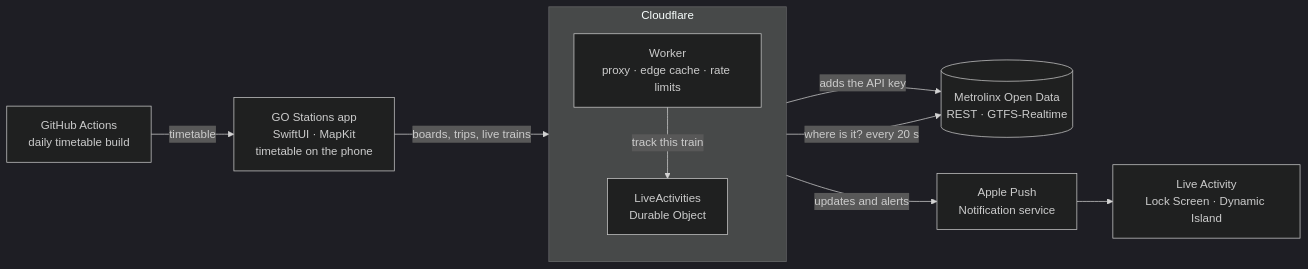
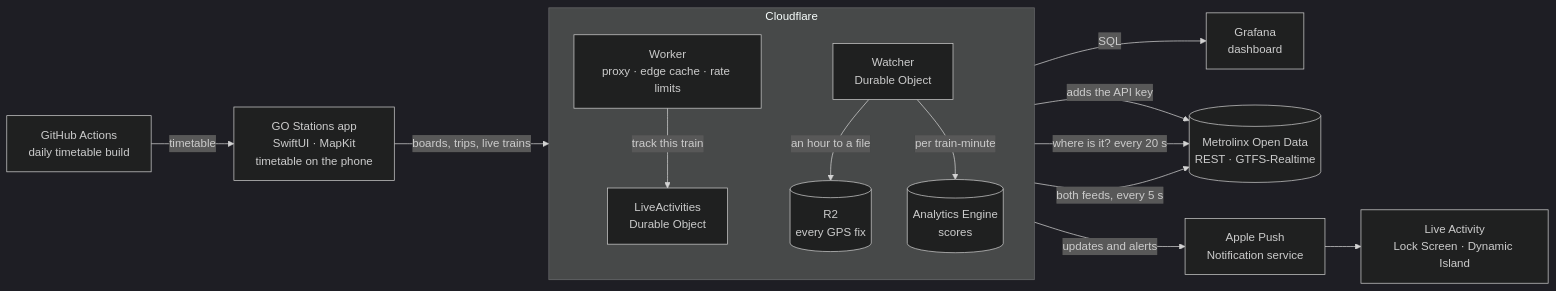
One commit to RobOHt/go-stations changed the first of 2 diagrams in docs/ARCHITECTURE.md. Above: the diagram before and after it, drawn with Mermaid (dark theme). The commit also changed other lines of this file and 14 other files, not shown here.

First line of the commit message:
The watcher: every train, all day, kept and scored

````diff
--- a/docs/ARCHITECTURE.md
+++ b/docs/ARCHITECTURE.md
@@ -8,21 +9,29 @@
 ```mermaid
 flowchart LR
     actions["GitHub Actions<br/>daily timetable build"]
     app["GO Stations app<br/>SwiftUI · MapKit<br/>timetable on the phone"]
     subgraph cloudflare["Cloudflare"]
         direction TB
         worker["Worker<br/>proxy · edge cache · rate limits"]
         follower["LiveActivities<br/>Durable Object"]
+        watcher["Watcher<br/>Durable Object"]
+        archive[("R2<br/>every GPS fix")]
+        scores[("Analytics Engine<br/>scores")]
     end
+    grafana["Grafana<br/>dashboard"]
     metrolinx[("Metrolinx Open Data<br/>REST · GTFS-Realtime")]
     apns["Apple Push<br/>Notification service"]
     activity["Live Activity<br/>Lock Screen · Dynamic Island"]
 
     actions -- "timetable" --> app
     app -- "boards, trips, live trains" --> worker
     worker -- "adds the API key" --> metrolinx
     worker -- "track this train" --> follower
     follower -- "where is it? every 20 s" --> metrolinx
     follower -- "updates and alerts" --> apns
     apns --> activity
+    watcher -- "both feeds, every 5 s" --> metrolinx
+    watcher -- "an hour to a file" --> archive
+    watcher -- "per train-minute" --> scores
+    scores -- "SQL" --> grafana
 ```
````
